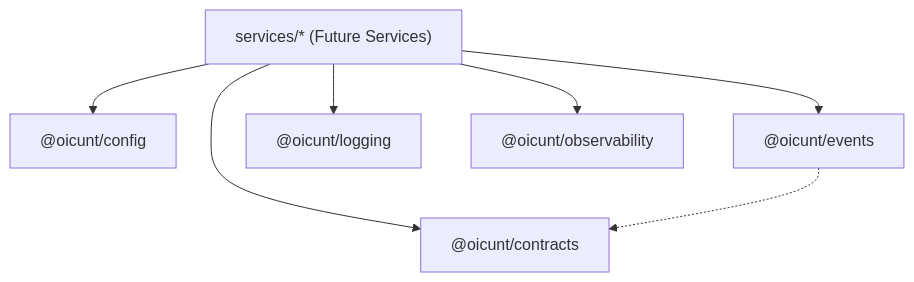
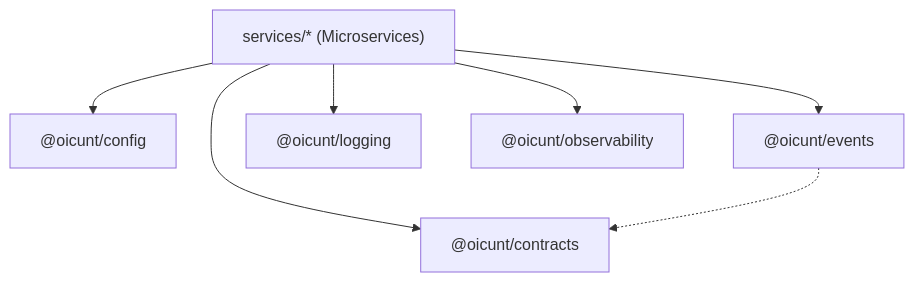
The first of 2 diagrams in docs/architecture.md (oicunt-ai/platform), drawn with Mermaid before and after one commit. The commit also changed other lines of this file and 32 other files, not shown here.

Commit message:
chore: establish service architecture conventions

````diff
--- a/docs/architecture.md
+++ b/docs/architecture.md
@@ -58,10 +66,10 @@
 ```mermaid
 graph TD
-    Services["services/* (Future Services)"] --> Config["@oicunt/config"]
+    Services["services/* (Microservices)"] --> Config["@oicunt/config"]
     Services --> Contracts["@oicunt/contracts"]
     Services --> Events["@oicunt/events"]
     Services --> Logging["@oicunt/logging"]
     Services --> Observability["@oicunt/observability"]
 
     Events -.-> Contracts
 ```
````
